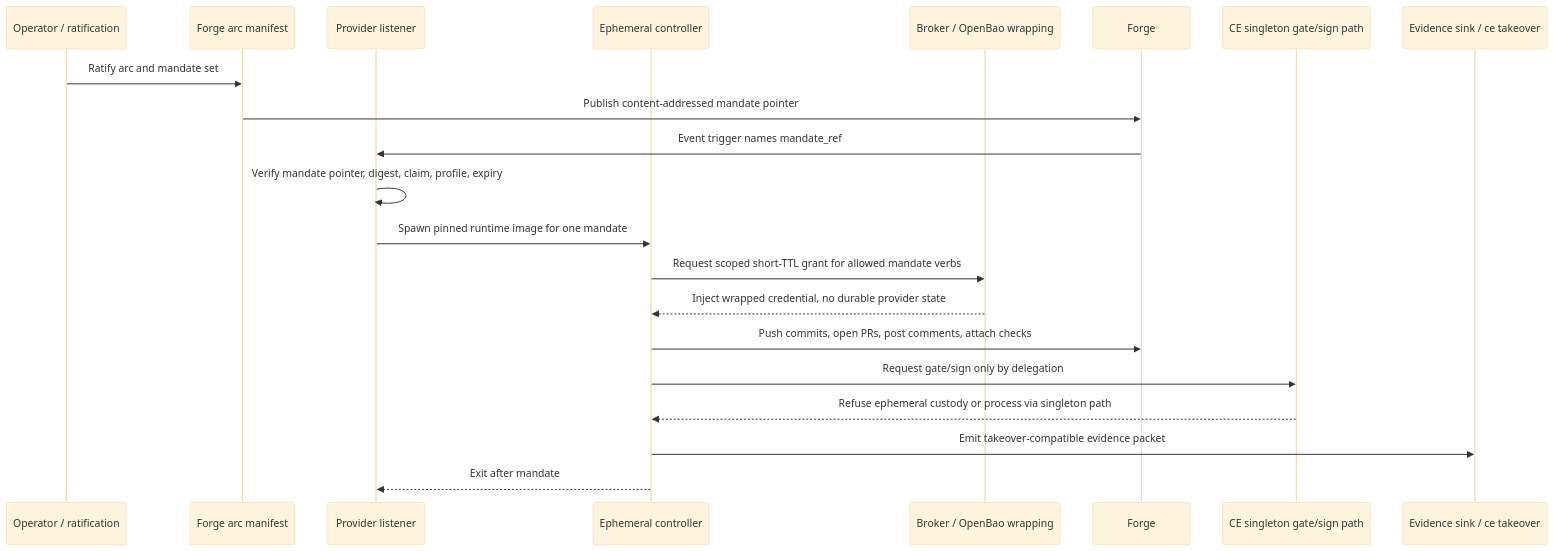
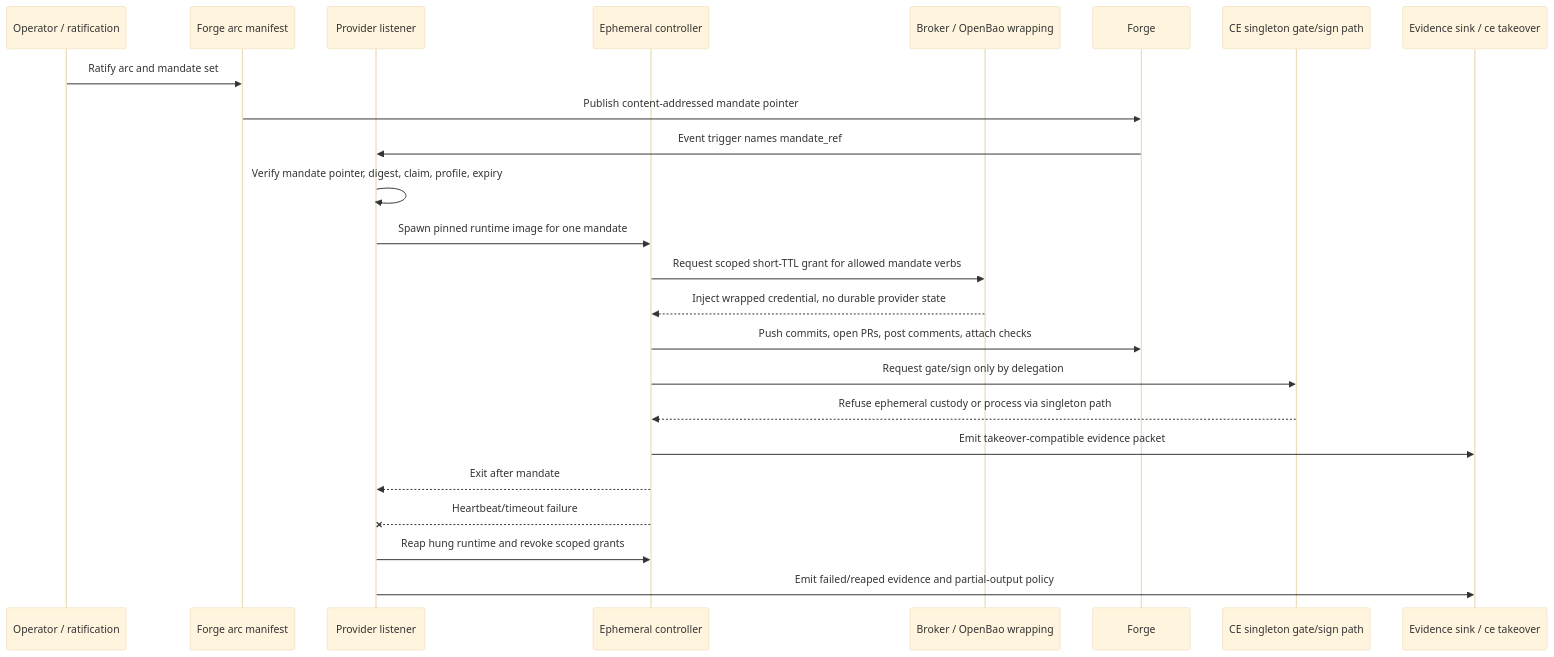
Before and after one commit to creator-engine/creator-engine: the diagram in docs/design/ephemeral-controller-provider-seam.md, drawn with Mermaid (base theme). The commit also changed other lines of this file and 1 other file, not shown here.

````diff
--- a/docs/design/ephemeral-controller-provider-seam.md
+++ b/docs/design/ephemeral-controller-provider-seam.md
@@ -303,24 +379,27 @@
 ```mermaid
 sequenceDiagram
   participant Operator as Operator / ratification
   participant Arc as Forge arc manifest
   participant Listener as Provider listener
   participant Runtime as Ephemeral controller
   participant Broker as Broker / OpenBao wrapping
   participant Forge as Forge
   participant Singleton as CE singleton gate/sign path
   participant Evidence as Evidence sink / ce takeover
 
   Operator->>Arc: Ratify arc and mandate set
   Arc->>Forge: Publish content-addressed mandate pointer
   Forge->>Listener: Event trigger names mandate_ref
   Listener->>Listener: Verify mandate pointer, digest, claim, profile, expiry
   Listener->>Runtime: Spawn pinned runtime image for one mandate
   Runtime->>Broker: Request scoped short-TTL grant for allowed mandate verbs
   Broker-->>Runtime: Inject wrapped credential, no durable provider state
   Runtime->>Forge: Push commits, open PRs, post comments, attach checks
   Runtime->>Singleton: Request gate/sign only by delegation
   Singleton-->>Runtime: Refuse ephemeral custody or process via singleton path
   Runtime->>Evidence: Emit takeover-compatible evidence packet
   Runtime-->>Listener: Exit after mandate
+  Runtime--xListener: Heartbeat/timeout failure
+  Listener->>Runtime: Reap hung runtime and revoke scoped grants
+  Listener->>Evidence: Emit failed/reaped evidence and partial-output policy
 ```
````
